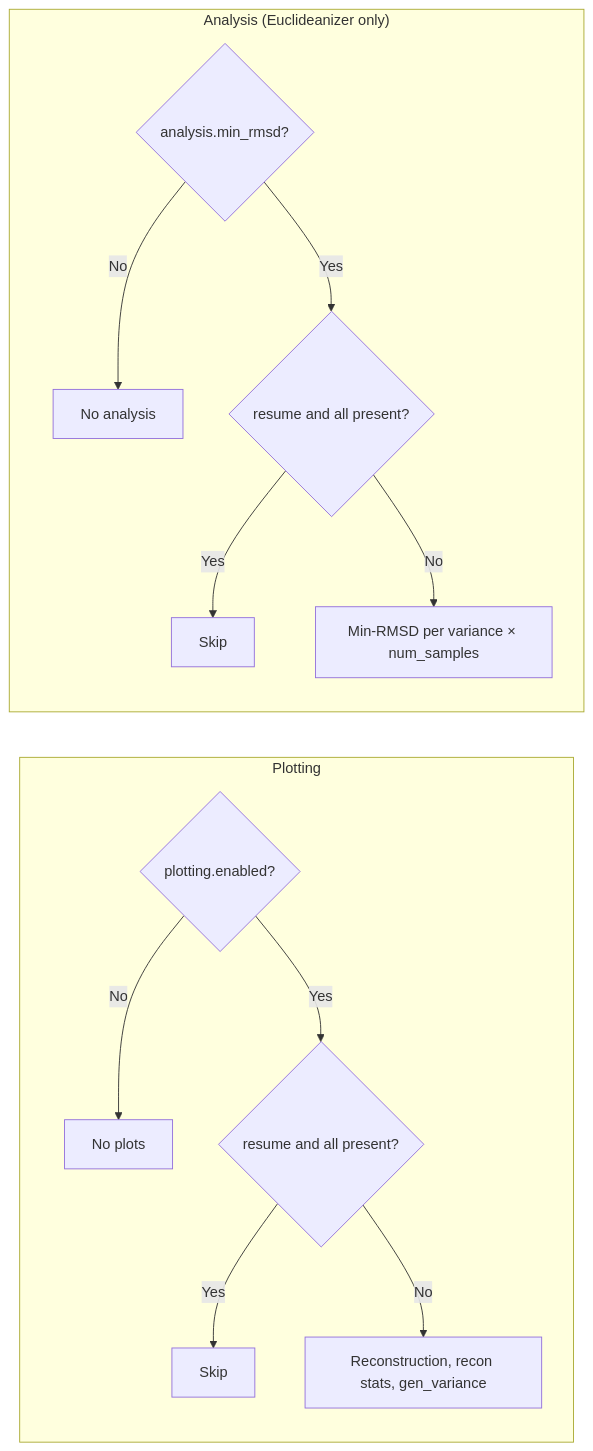
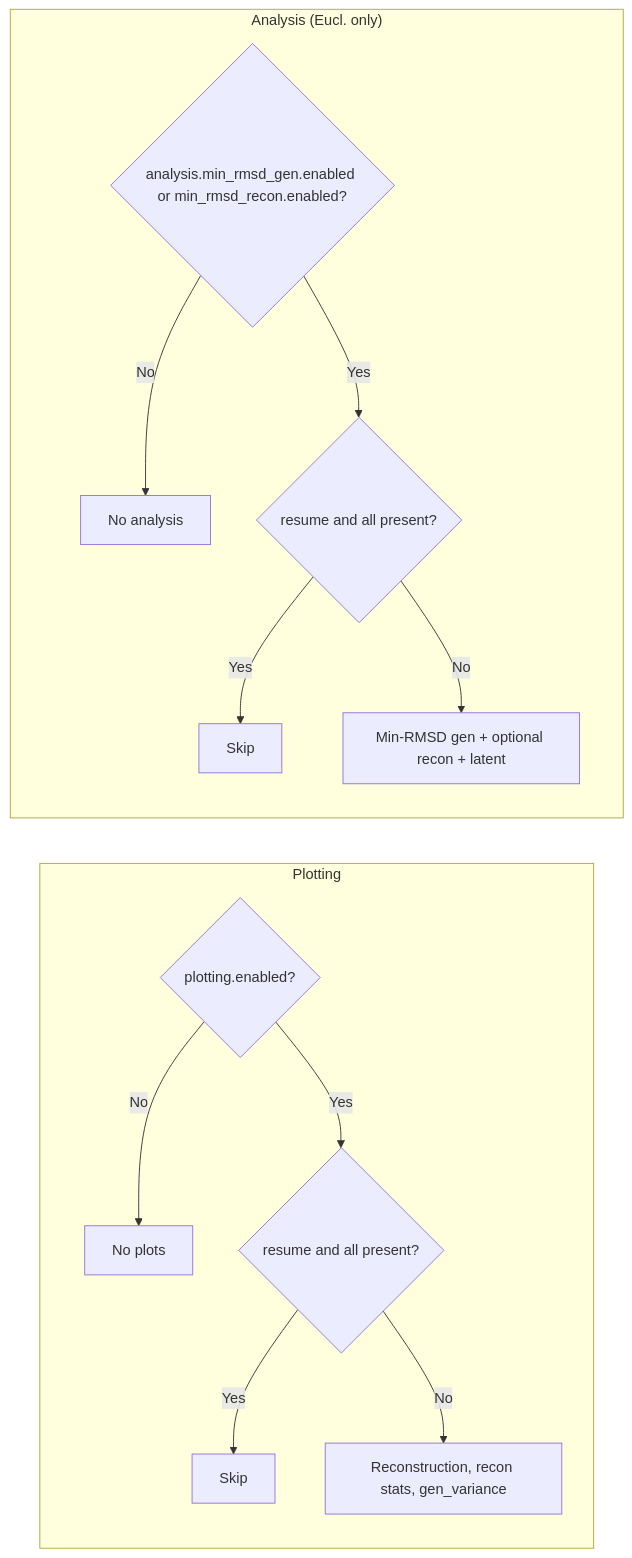
Before and after one commit to AKuhn100/Euclideanizer_Pipeline: the third of 3 diagrams in README.md, drawn with Mermaid. The commit also changed other lines of this file and 10 other files, not shown here.

Commit message:
Added reconstruction RMSD analysis and updated restart logic to include replotting

````diff
--- a/README.md
+++ b/README.md
@@ -281,18 +281,18 @@
 ```mermaid
 flowchart LR
     subgraph plot["Plotting"]
         P1{"plotting.enabled?"}
         P1 -->|No| P2["No plots"]
         P1 -->|Yes| P3{"resume and all present?"}
         P3 -->|Yes| P4["Skip"]
         P3 -->|No| P5["Reconstruction, recon stats, gen_variance"]
     end
 
-    subgraph analysis["Analysis (Euclideanizer only)"]
-        A1{"analysis.min_rmsd?"}
+    subgraph analysis["Analysis (Eucl. only)"]
+        A1{"analysis.min_rmsd_gen.enabled or min_rmsd_recon.enabled?"}
         A1 -->|No| A2["No analysis"]
         A1 -->|Yes| A3{"resume and all present?"}
         A3 -->|Yes| A4["Skip"]
-        A3 -->|No| A5["Min-RMSD per variance × num_samples"]
+        A3 -->|No| A5["Min-RMSD gen + optional recon + latent"]
     end
 ```
````
